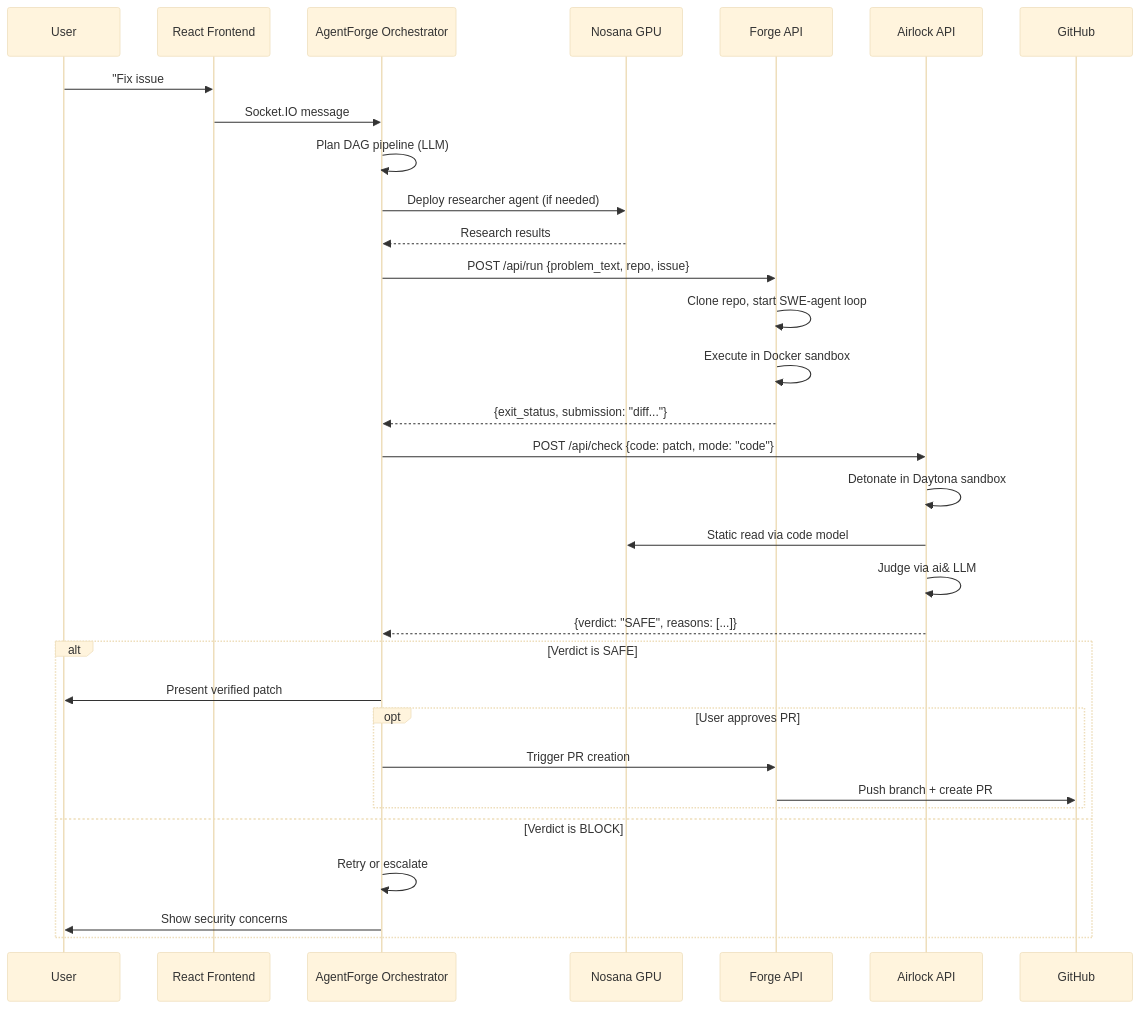
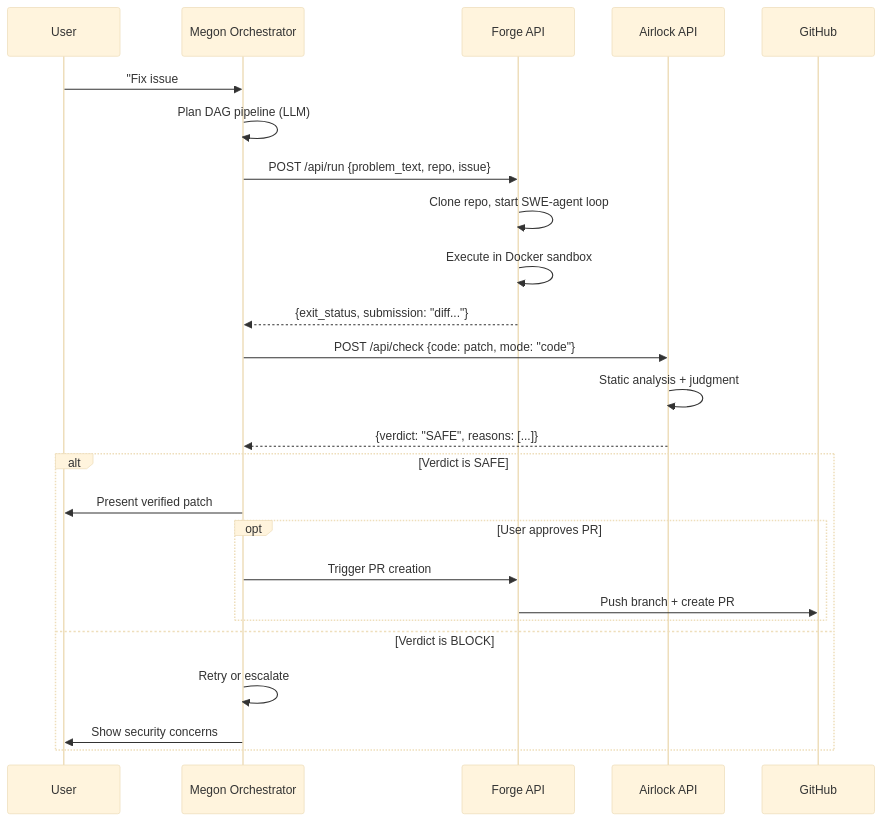
The second of 2 diagrams in ARCHITECTURE.md (red1-for-hek/Megon-3.0), drawn with Mermaid (base theme) before and after one commit. The commit also changed other lines of this file and 3 other files, not shown here.

````diff
--- a/ARCHITECTURE.md
+++ b/ARCHITECTURE.md
@@ -110,35 +152,28 @@
 ```mermaid
 sequenceDiagram
     participant U as User
-    participant UI as React Frontend
-    participant AF as AgentForge Orchestrator
-    participant NOS as Nosana GPU
+    participant M as Megon Orchestrator
     participant F as Forge API
     participant AL as Airlock API
     participant GH as GitHub
 
-    U->>UI: "Fix issue #42 in owner/repo"
-    UI->>AF: Socket.IO message
-    AF->>AF: Plan DAG pipeline (LLM)
-    AF->>NOS: Deploy researcher agent (if needed)
-    NOS-->>AF: Research results
-    AF->>F: POST /api/run {problem_text, repo, issue}
+    U->>M: "Fix issue #42 in owner/repo"
+    M->>M: Plan DAG pipeline (LLM)
+    M->>F: POST /api/run {problem_text, repo, issue}
     F->>F: Clone repo, start SWE-agent loop
     F->>F: Execute in Docker sandbox
-    F-->>AF: {exit_status, submission: "diff..."}
-    AF->>AL: POST /api/check {code: patch, mode: "code"}
-    AL->>AL: Detonate in Daytona sandbox
-    AL->>NOS: Static read via code model
-    AL->>AL: Judge via ai& LLM
-    AL-->>AF: {verdict: "SAFE", reasons: [...]}
+    F-->>M: {exit_status, submission: "diff..."}
+    M->>AL: POST /api/check {code: patch, mode: "code"}
+    AL->>AL: Static analysis + judgment
+    AL-->>M: {verdict: "SAFE", reasons: [...]}
     alt Verdict is SAFE
-        AF->>U: Present verified patch
+        M->>U: Present verified patch
         opt User approves PR
-            AF->>F: Trigger PR creation
+            M->>F: Trigger PR creation
             F->>GH: Push branch + create PR
         end
     else Verdict is BLOCK
-        AF->>AF: Retry or escalate
-        AF->>U: Show security concerns
+        M->>M: Retry or escalate
+        M->>U: Show security concerns
     end
 ```
````
